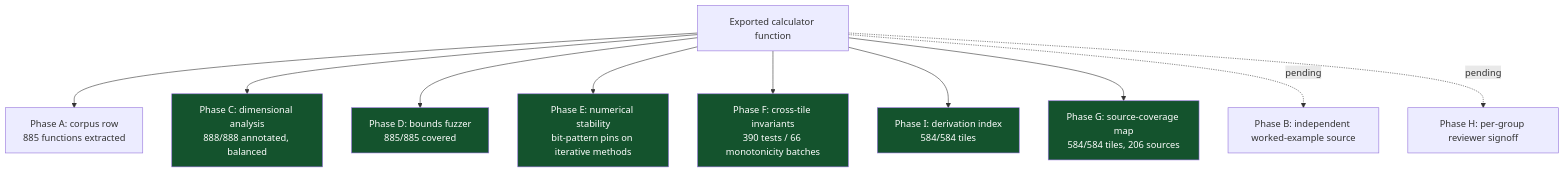
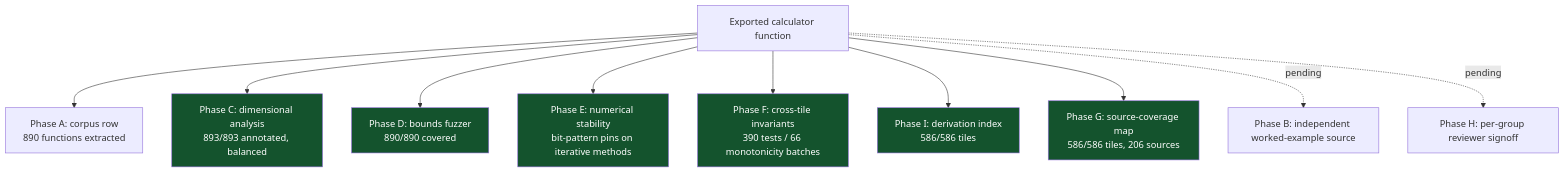
Before and after one commit to clay-good/roughlogic.com: the sixth of 8 diagrams in README.md, drawn with Mermaid. The commit also changed other lines of this file and 28 other files, not shown here.

````diff
--- a/README.md
+++ b/README.md
@@ -378,18 +380,18 @@
 ```mermaid
 flowchart TB
-    F[Exported calculator function] --> A[Phase A: corpus row\n885 functions extracted]
-    F --> C[Phase C: dimensional analysis\n888/888 annotated, balanced]
-    F --> D[Phase D: bounds fuzzer\n885/885 covered]
+    F[Exported calculator function] --> A[Phase A: corpus row\n890 functions extracted]
+    F --> C[Phase C: dimensional analysis\n893/893 annotated, balanced]
+    F --> D[Phase D: bounds fuzzer\n890/890 covered]
     F --> E[Phase E: numerical stability\nbit-pattern pins on iterative methods]
     F --> Fa[Phase F: cross-tile invariants\n390 tests / 66 monotonicity batches]
-    F --> I[Phase I: derivation index\n584/584 tiles]
-    F --> G[Phase G: source-coverage map\n584/584 tiles, 206 sources]
+    F --> I[Phase I: derivation index\n586/586 tiles]
+    F --> G[Phase G: source-coverage map\n586/586 tiles, 206 sources]
     F -.pending.-> B[Phase B: independent worked-example source]
     F -.pending.-> H[Phase H: per-group reviewer signoff]
     style C fill:#14532d,color:#fff
     style D fill:#14532d,color:#fff
     style E fill:#14532d,color:#fff
     style Fa fill:#14532d,color:#fff
     style G fill:#14532d,color:#fff
     style I fill:#14532d,color:#fff
 ```
````
